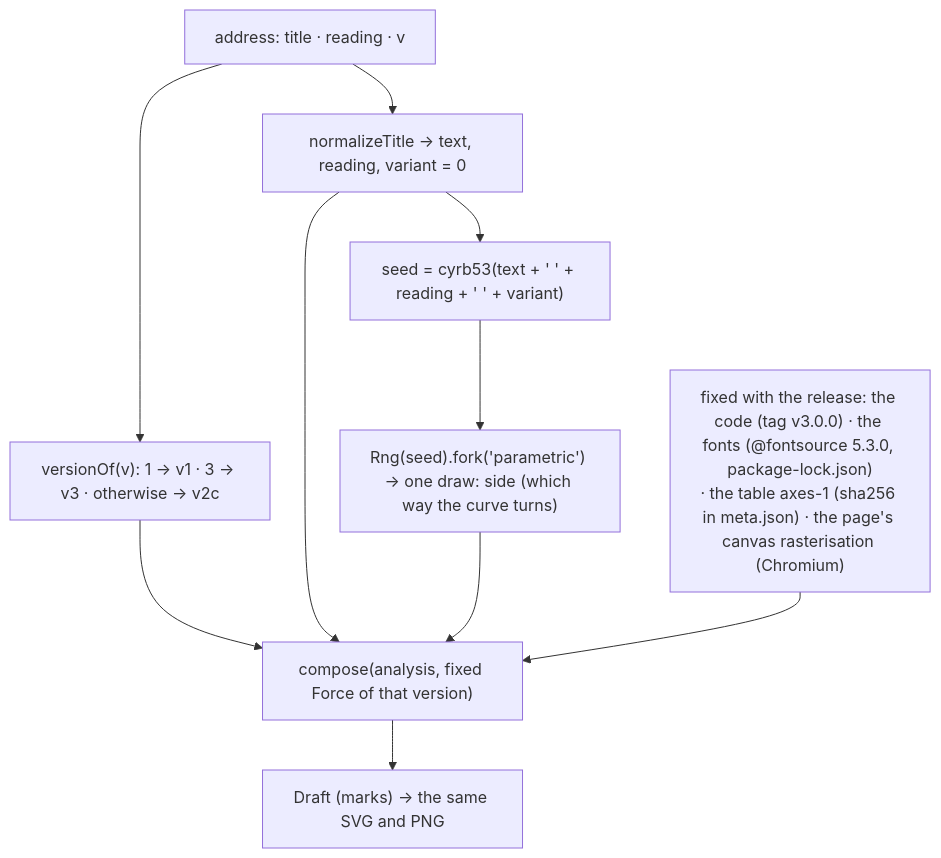
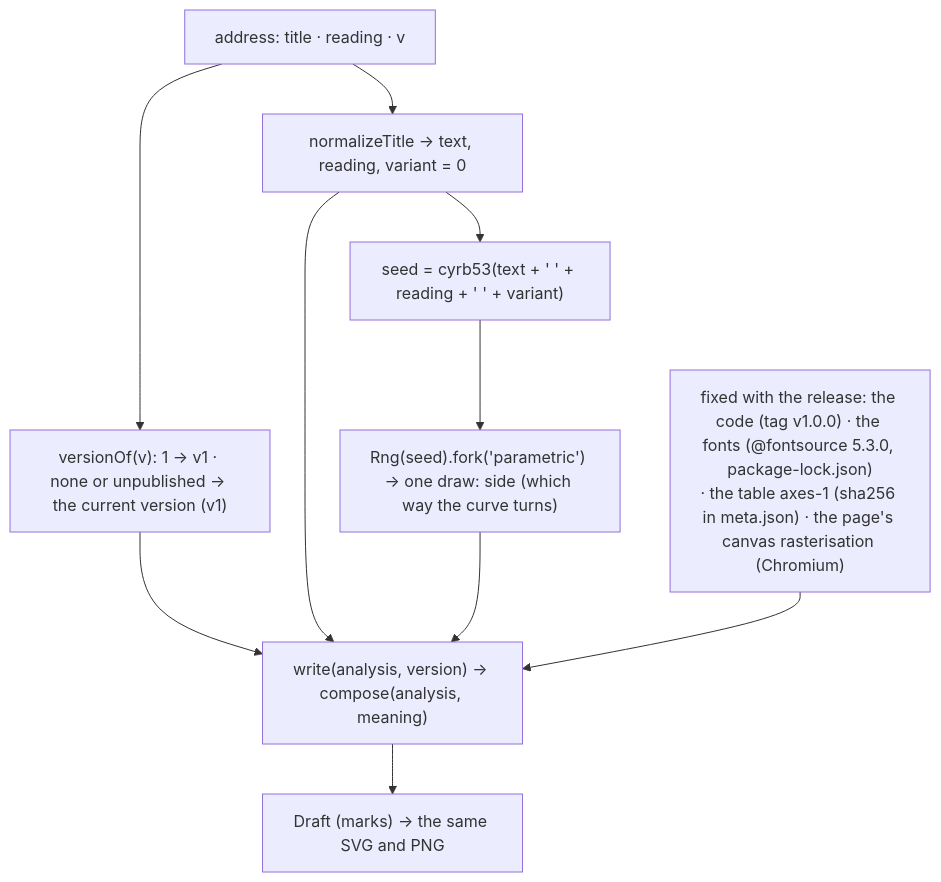
One commit to endoftheyukky/kotoba-no-katachi changed the diagram in docs/reproducibility.md. Above: the diagram before and after it, drawn with Mermaid. The commit also changed other lines of this file and 124 other files, not shown here.

````diff
--- a/docs/reproducibility.md
+++ b/docs/reproducibility.md
@@ -6,12 +6,12 @@
 ```mermaid
 flowchart TD
   A["address: title · reading · v"] --> N["normalizeTitle → text, reading, variant = 0"]
   N --> S["seed = cyrb53(text + ' ' + reading + ' ' + variant)"]
   S --> R["Rng(seed).fork('parametric') → one draw: side (which way the curve turns)"]
-  A --> V["versionOf(v): 1 → v1 · 3 → v3 · otherwise → v2c"]
-  V --> W["compose(analysis, fixed Force of that version)"]
+  A --> V["versionOf(v): 1 → v1 · none or unpublished → the current version (v1)"]
+  V --> W["write(analysis, version) → compose(analysis, meaning)"]
   N --> W
   R --> W
-  P["fixed with the release: the code (tag v3.0.0) · the fonts (@fontsource 5.3.0, package-lock.json)<br/>· the table axes-1 (sha256 in meta.json) · the page's canvas rasterisation (Chromium)"] --> W
+  P["fixed with the release: the code (tag v1.0.0) · the fonts (@fontsource 5.3.0, package-lock.json)<br/>· the table axes-1 (sha256 in meta.json) · the page's canvas rasterisation (Chromium)"] --> W
   W --> D["Draft (marks) → the same SVG and PNG"]
 ```
````
